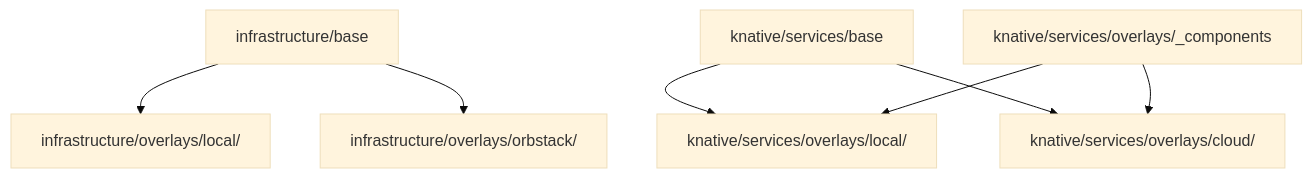
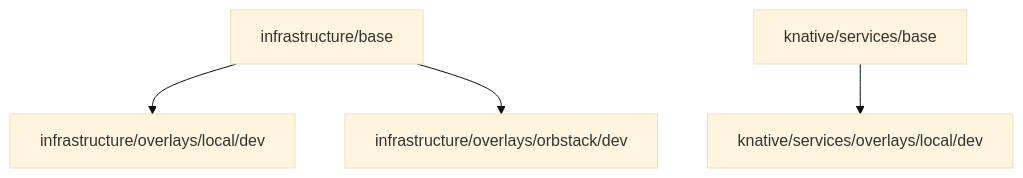
One commit to ccarnero/colloqui changed the diagram in DOCS/02-INFRASTRUCTURE.md. Above: the diagram before and after it, drawn with Mermaid (base theme). The commit also changed other lines of this file and 791 other files, not shown here.

````diff
--- a/DOCS/02-INFRASTRUCTURE.md
+++ b/DOCS/02-INFRASTRUCTURE.md
@@ -44,11 +61,7 @@
 ```mermaid
 flowchart TD
-    infraBase[infrastructure/base] --> infraLocal[infrastructure/overlays/local/<env>]
-    infraBase --> infraOrb[infrastructure/overlays/orbstack/<env>]
+    infraBase[infrastructure/base] --> infraLocal[infrastructure/overlays/local/dev]
+    infraBase --> infraOrb[infrastructure/overlays/orbstack/dev]
 
-    svcBase[knative/services/base] --> svcLocal[knative/services/overlays/local/<env>]
-    svcBase --> svcCloud[knative/services/overlays/cloud/<env>]
-
-    comp[knative/services/overlays/_components] --> svcLocal
-    comp --> svcCloud
+    svcBase[knative/services/base] --> svcLocal[knative/services/overlays/local/dev]
 ```
````
